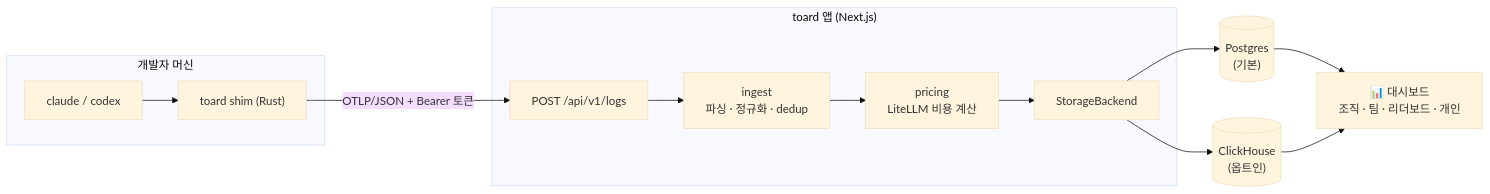
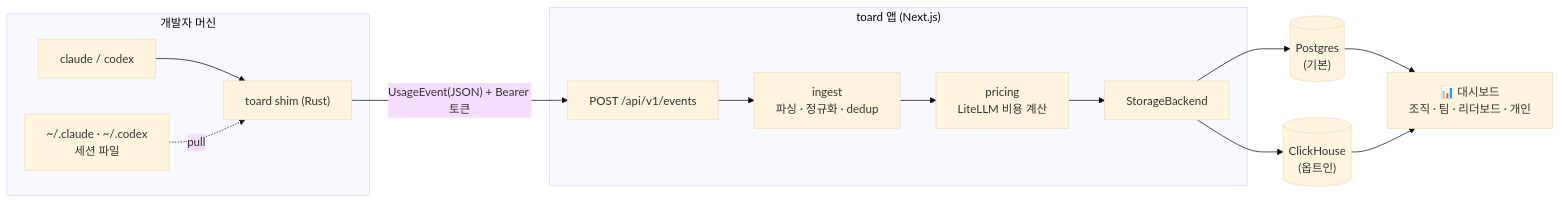
One commit to devy1540/toard changed the diagram in README.md. Above: the diagram before and after it, drawn with Mermaid (base theme). The commit also changed other lines of this file and 16 other files, not shown here.

````diff
--- a/README.md
+++ b/README.md
@@ -42,16 +42,17 @@
 ```mermaid
 flowchart LR
     subgraph dev["개발자 머신"]
         CLI["claude / codex"] --> SHIM["toard shim (Rust)"]
+        FILES["~/.claude · ~/.codex<br/>세션 파일"] -. "pull" .-> SHIM
     end
-    SHIM -- "OTLP/JSON + Bearer 토큰" --> API["POST /api/v1/logs"]
+    SHIM -- "UsageEvent(JSON) + Bearer 토큰" --> API["POST /api/v1/events"]
     subgraph app["toard 앱 (Next.js)"]
         API --> INGEST["ingest<br/>파싱 · 정규화 · dedup"]
         INGEST --> PRICE["pricing<br/>LiteLLM 비용 계산"]
         PRICE --> SB["StorageBackend"]
     end
     SB --> PG[("Postgres<br/>(기본)")]
     SB --> CH[("ClickHouse<br/>(옵트인)")]
     PG --> DASH["📊 대시보드<br/>조직 · 팀 · 리더보드 · 개인"]
     CH --> DASH
 ```
````
